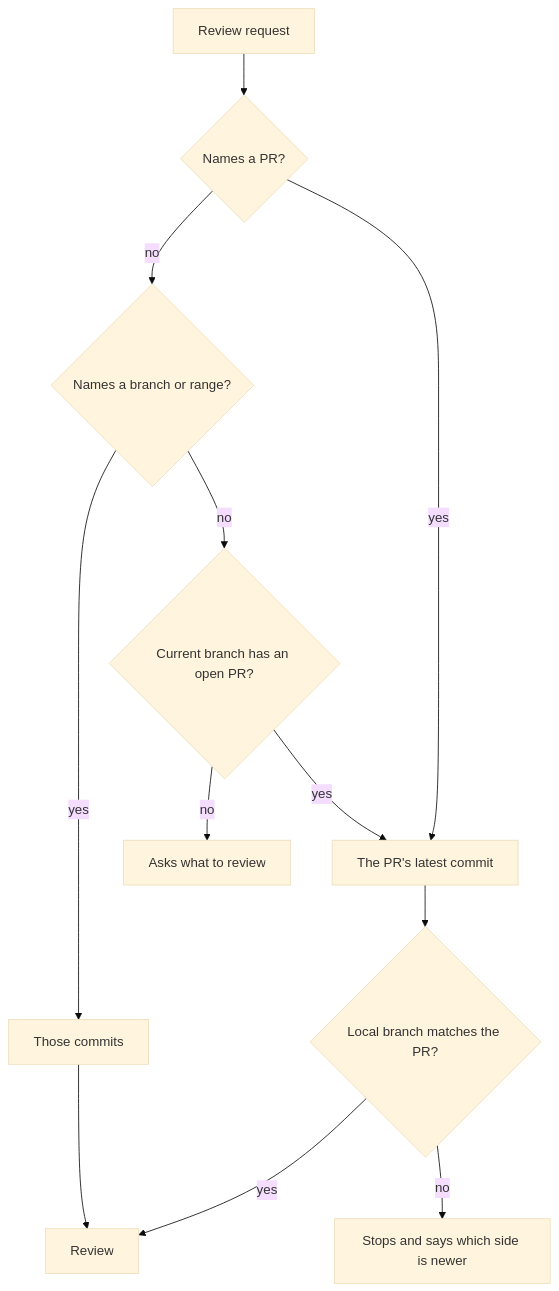
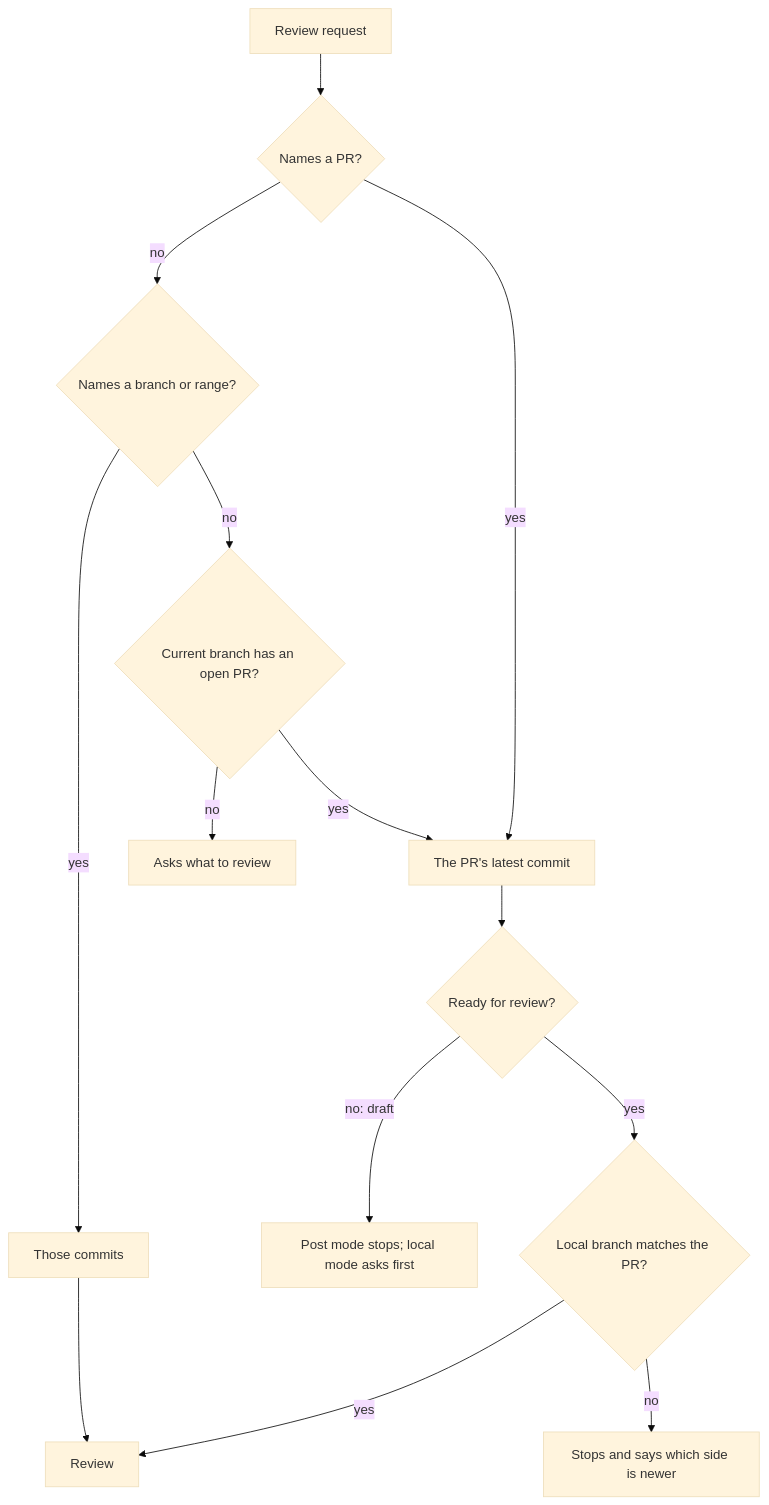
The first of 3 diagrams in README.md (coderdeep11/claude-pr-reviewer), drawn with Mermaid (base theme) before and after one commit. The commit also changed other lines of this file and 1 other file, not shown here.

First line of the commit message:
pr-reviewer: review ready PRs only, flag half-done work

````diff
--- a/README.md
+++ b/README.md
@@ -148,14 +148,16 @@
 ```mermaid
 flowchart TD
     A["Review request"] --> B{"Names a PR?"}
     B -- yes --> P["The PR's latest commit"]
     B -- no --> C{"Names a branch or range?"}
     C -- yes --> R["Those commits"]
     C -- no --> D{"Current branch has an open PR?"}
     D -- yes --> P
     D -- no --> Q["Asks what to review"]
-    P --> E{"Local branch matches the PR?"}
+    P --> DR{"Ready for review?"}
+    DR -- "no: draft" --> DS["Post mode stops; local mode asks first"]
+    DR -- yes --> E{"Local branch matches the PR?"}
     E -- yes --> GO["Review"]
     E -- no --> S["Stops and says which side is newer"]
     R --> GO
 ```
````
